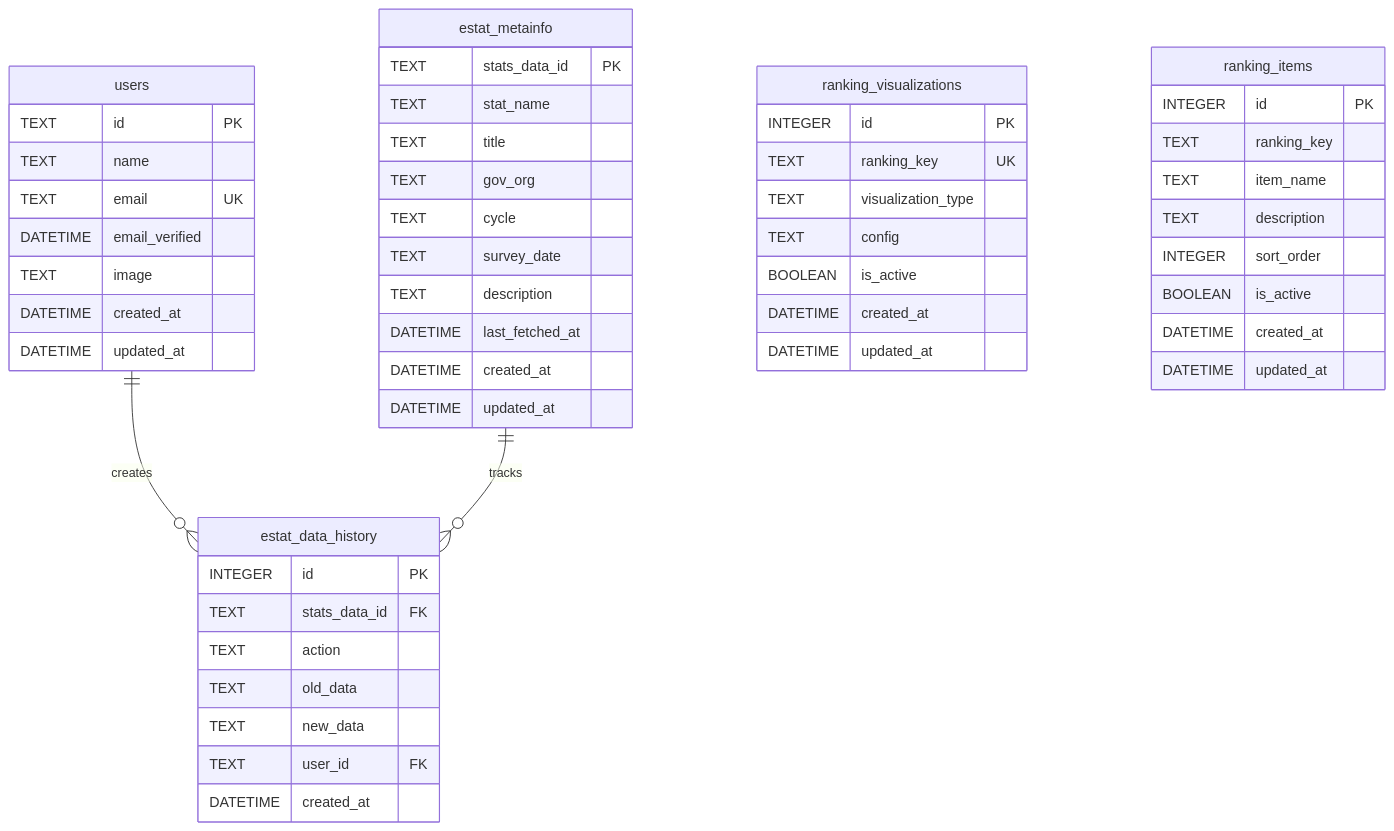
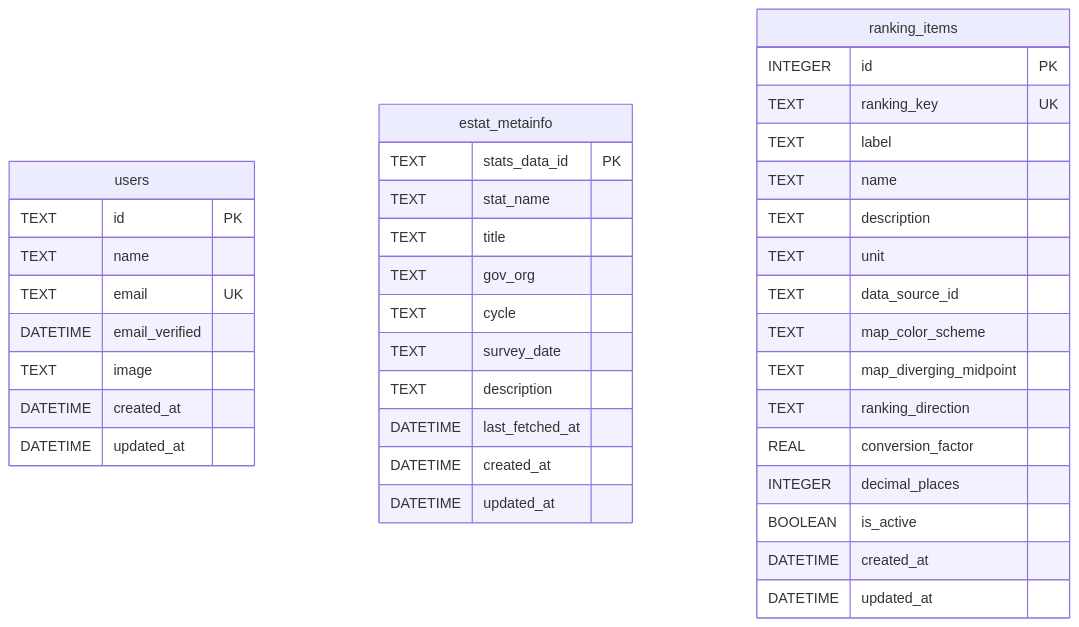
One commit to uruhayato373/stats47 changed the diagram in docs/04_開発ガイド/03_インフラ/データベース/01_D1データベース概要.md. Above: the diagram before and after it, drawn with Mermaid. The commit also changed other lines of this file and 49 other files, not shown here.

````diff
--- a/docs/04_開発ガイド/03_インフラ/データベース/01_D1データベース概要.md
+++ b/docs/04_開発ガイド/03_インフラ/データベース/01_D1データベース概要.md
@@ -141,59 +110,43 @@
 ```mermaid
 erDiagram
-    users ||--o{ estat_data_history : "creates"
-    estat_metainfo ||--o{ estat_data_history : "tracks"
-
     users {
         TEXT id PK
         TEXT name
         TEXT email UK
         DATETIME email_verified
         TEXT image
         DATETIME created_at
         DATETIME updated_at
     }
 
     estat_metainfo {
         TEXT stats_data_id PK
         TEXT stat_name
         TEXT title
         TEXT gov_org
         TEXT cycle
         TEXT survey_date
         TEXT description
         DATETIME last_fetched_at
         DATETIME created_at
         DATETIME updated_at
     }
 
-    estat_data_history {
-        INTEGER id PK
-        TEXT stats_data_id FK
-        TEXT action
-        TEXT old_data
-        TEXT new_data
-        TEXT user_id FK
-        DATETIME created_at
-    }
-
-    ranking_visualizations {
+    ranking_items {
         INTEGER id PK
         TEXT ranking_key UK
-        TEXT visualization_type
-        TEXT config
-        BOOLEAN is_active
-        DATETIME created_at
-        DATETIME updated_at
-    }
-
-    ranking_items {
-        INTEGER id PK
-        TEXT ranking_key
-        TEXT item_name
+        TEXT label
+        TEXT name
         TEXT description
-        INTEGER sort_order
+        TEXT unit
+        TEXT data_source_id
+        TEXT map_color_scheme
+        TEXT map_diverging_midpoint
+        TEXT ranking_direction
+        REAL conversion_factor
+        INTEGER decimal_places
         BOOLEAN is_active
         DATETIME created_at
         DATETIME updated_at
     }
 ```
````
